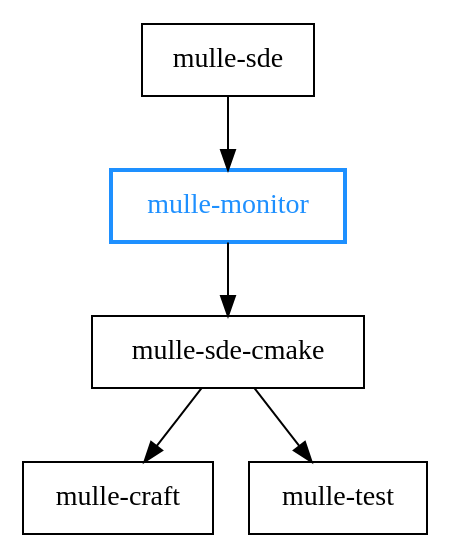
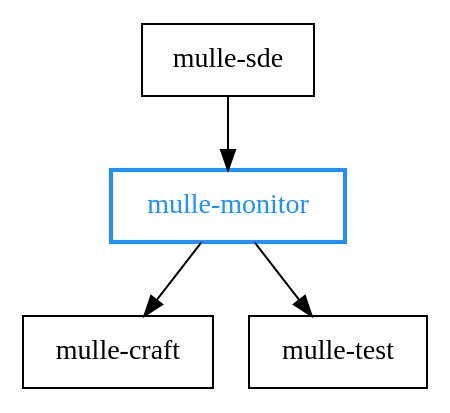
The diagram in dox/mulle-monitor-overview.dot (mulle-sde/mulle-match), drawn with Graphviz before and after one commit. The commit also changed 14 other files, not shown here.

```diff
--- a/dox/mulle-monitor-overview.dot
+++ b/dox/mulle-monitor-overview.dot
@@ -1,20 +1,16 @@
 digraph G {
     graph [rankdir = TD];
 
     node[shape=record];
 
     subgraph agnostic
     {
         label = "Language agnostic";
 
         "mulle-sde"       -> "mulle-monitor"
-        "mulle-monitor"   -> "mulle-sde-cmake"
-        "mulle-sde-cmake" -> "mulle-craft"
-        "mulle-sde-cmake" -> "mulle-test"
+        "mulle-monitor"   -> "mulle-craft"
+        "mulle-monitor"   -> "mulle-test"
 
         "mulle-monitor"   [ color="dodgerblue"; fontcolor="dodgerblue"; penwidth="2"]
-        "mulle-sde-cmake"   [ label="mulle-sde-cmake" ];
-        "mulle-test"  [ label="{ mulle-test }"];
-        "mulle-craft" [ label="{ mulle-craft }"];
     }
 }
```
